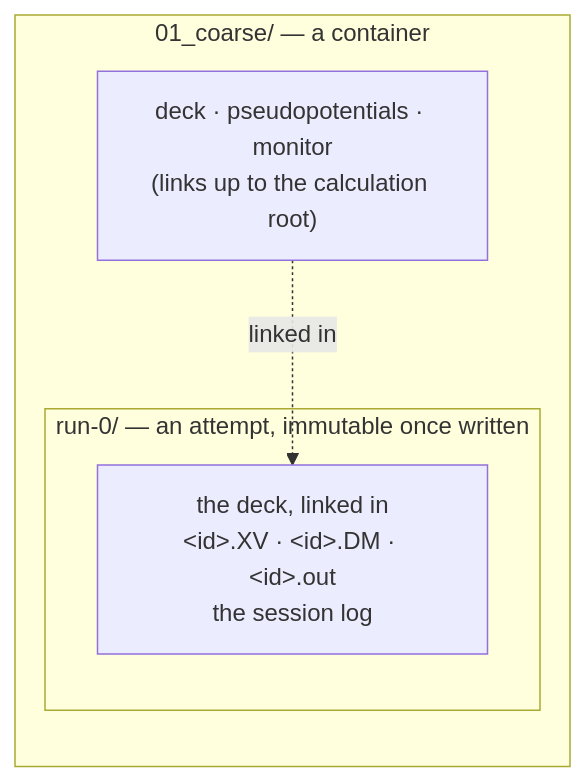
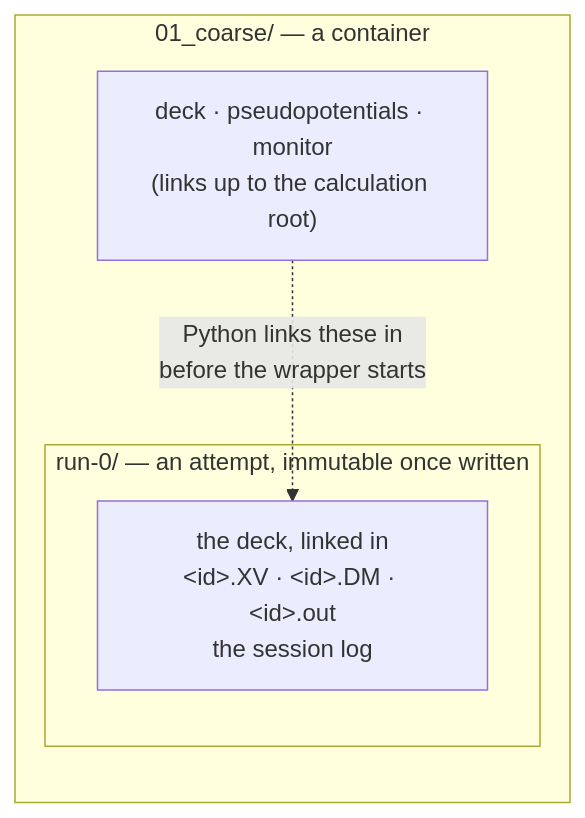
Before and after one commit to Qing-LAB/molbuilder: the third of 4 diagrams in docs/execution/worked-example.md, drawn with Mermaid. The commit also changed other lines of this file and 5 other files, not shown here.

````diff
--- a/docs/execution/worked-example.md
+++ b/docs/execution/worked-example.md
@@ -200,11 +203,11 @@
 ```mermaid
 flowchart TB
     subgraph C["01_coarse/  — a container"]
       direction TB
       L["deck · pseudopotentials · monitor<br/>(links up to the calculation root)"]
       subgraph R0["run-0/  — an attempt, immutable once written"]
         O["the deck, linked in<br/>&lt;id&gt;.XV · &lt;id&gt;.DM · &lt;id&gt;.out<br/>the session log"]
       end
     end
-    L -.->|"linked in"| O
+    L -.->|"Python links these in<br/>before the wrapper starts"| O
 ```
````
